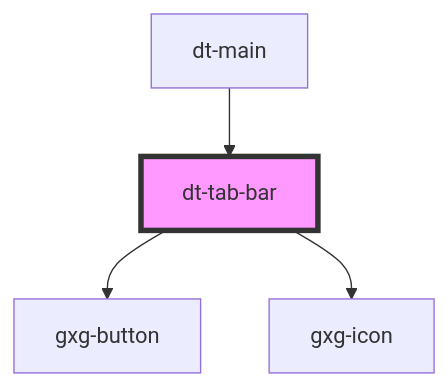
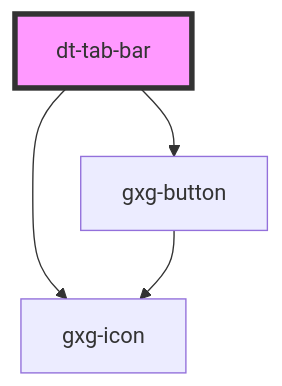
One commit to genexuslabs/design-tokens-editor changed the diagram in src/components/tab-bar/readme.md. Above: the diagram before and after it, drawn with Mermaid. The commit also changed other lines of this file and 76 other files, not shown here.

````diff
--- a/src/components/tab-bar/readme.md
+++ b/src/components/tab-bar/readme.md
@@ -20,7 +16,7 @@
 ```mermaid
 graph TD;
   dt-tab-bar --> gxg-button
   dt-tab-bar --> gxg-icon
-  dt-main --> dt-tab-bar
+  gxg-button --> gxg-icon
   style dt-tab-bar fill:#f9f,stroke:#333,stroke-width:4px
 ```
````
